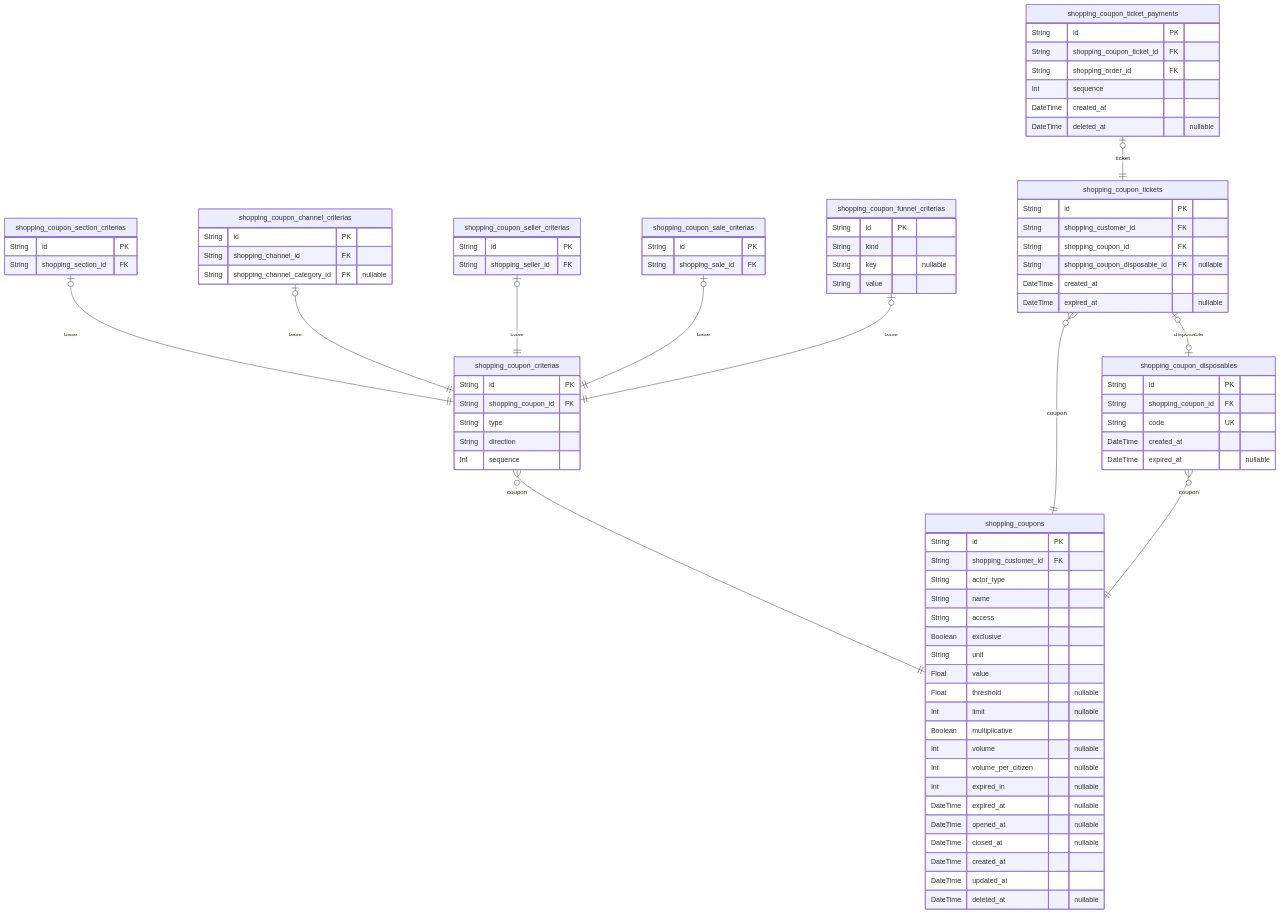
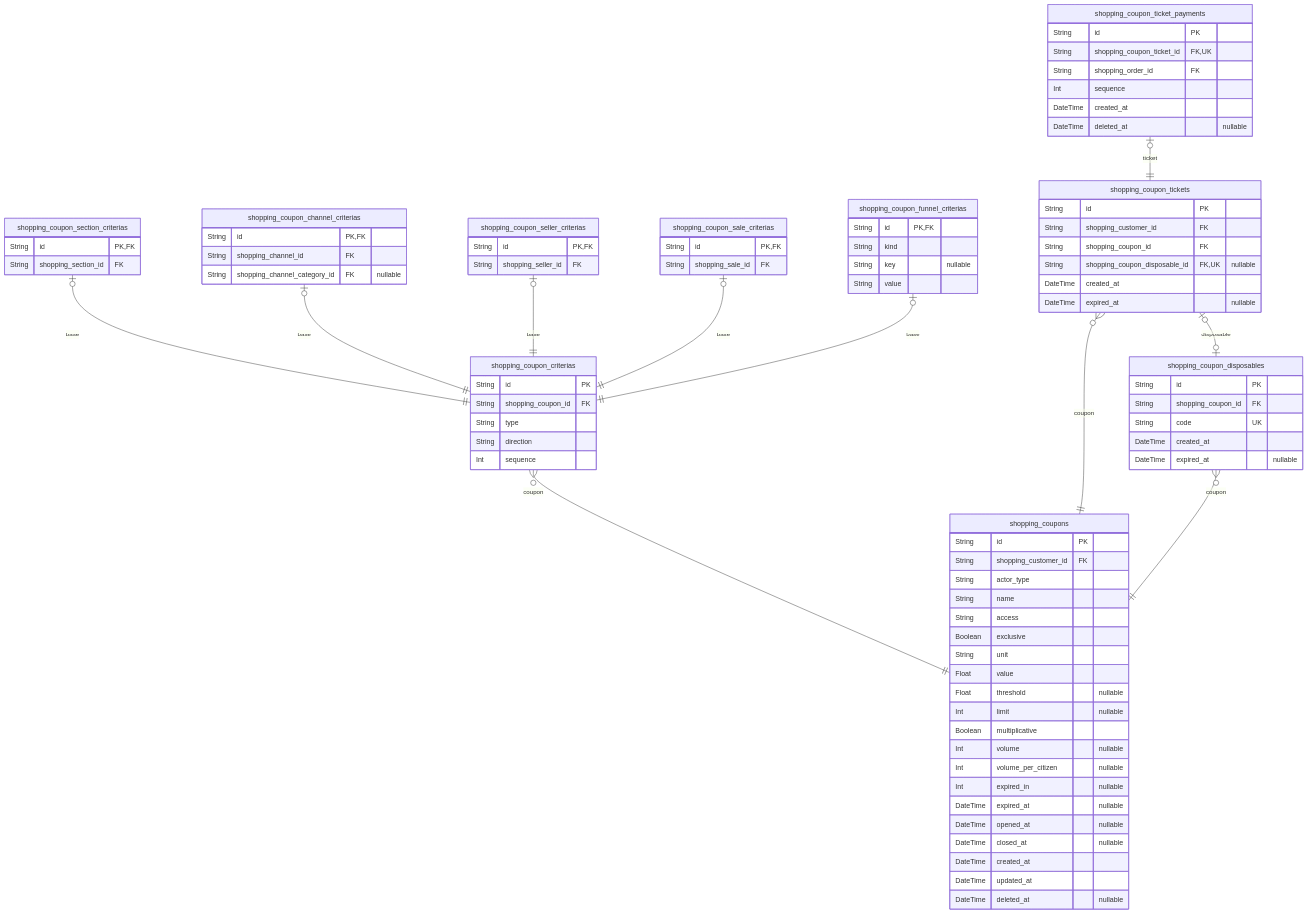
Before and after one commit to samchon/prisma-markdown: the seventh of 10 diagrams in ERD.md, drawn with Mermaid. The commit also changed other lines of this file and 2 other files, not shown here.

```diff
--- a/ERD.md
+++ b/ERD.md
@@ -1784,24 +1784,24 @@
   Int sequence
 }
 "shopping_coupon_section_criterias" {
-  String id PK
+  String id PK,FK
   String shopping_section_id FK
 }
 "shopping_coupon_channel_criterias" {
-  String id PK
+  String id PK,FK
   String shopping_channel_id FK
   String shopping_channel_category_id FK "nullable"
 }
 "shopping_coupon_seller_criterias" {
-  String id PK
+  String id PK,FK
   String shopping_seller_id FK
 }
 "shopping_coupon_sale_criterias" {
-  String id PK
+  String id PK,FK
   String shopping_sale_id FK
 }
 "shopping_coupon_funnel_criterias" {
-  String id PK
+  String id PK,FK
   String kind
   String key "nullable"
   String value
@@ -1810,13 +1810,13 @@
   String id PK
   String shopping_customer_id FK
   String shopping_coupon_id FK
-  String shopping_coupon_disposable_id FK "nullable"
+  String shopping_coupon_disposable_id FK,UK "nullable"
   DateTime created_at
   DateTime expired_at "nullable"
 }
 "shopping_coupon_ticket_payments" {
   String id PK
-  String shopping_coupon_ticket_id FK
+  String shopping_coupon_ticket_id FK,UK
   String shopping_order_id FK
   Int sequence
   DateTime created_at
```
